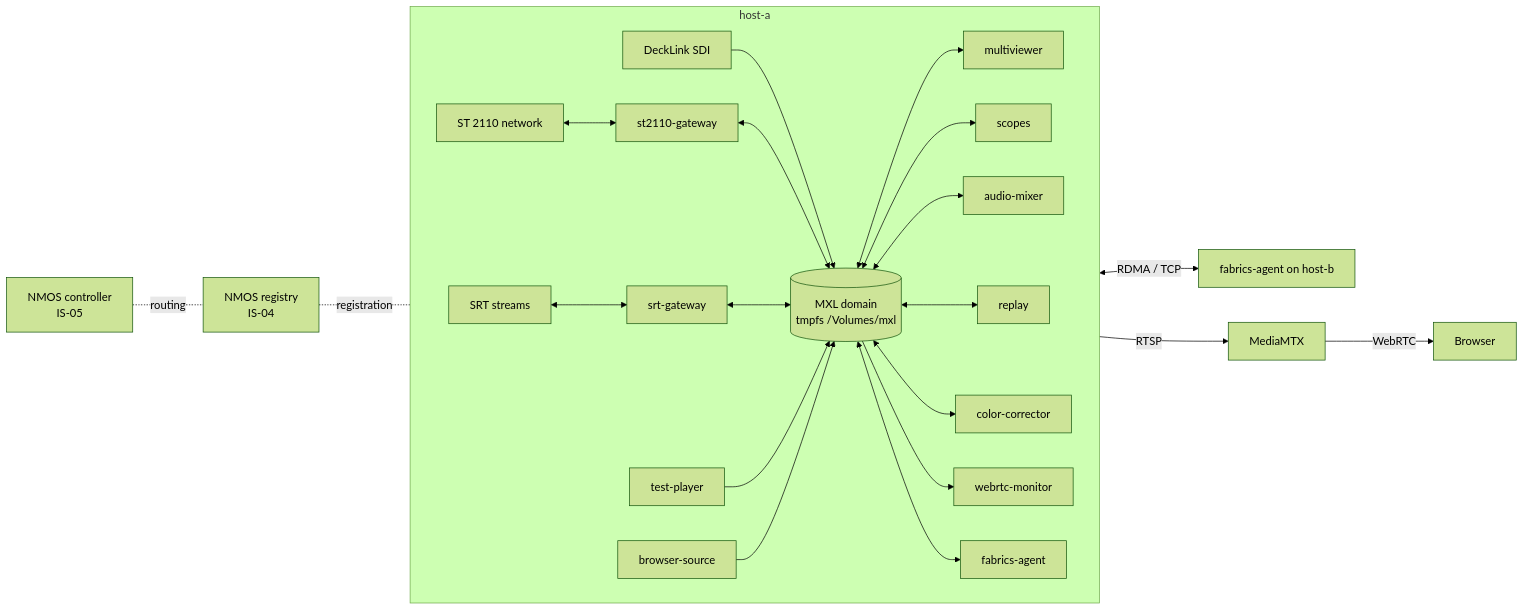
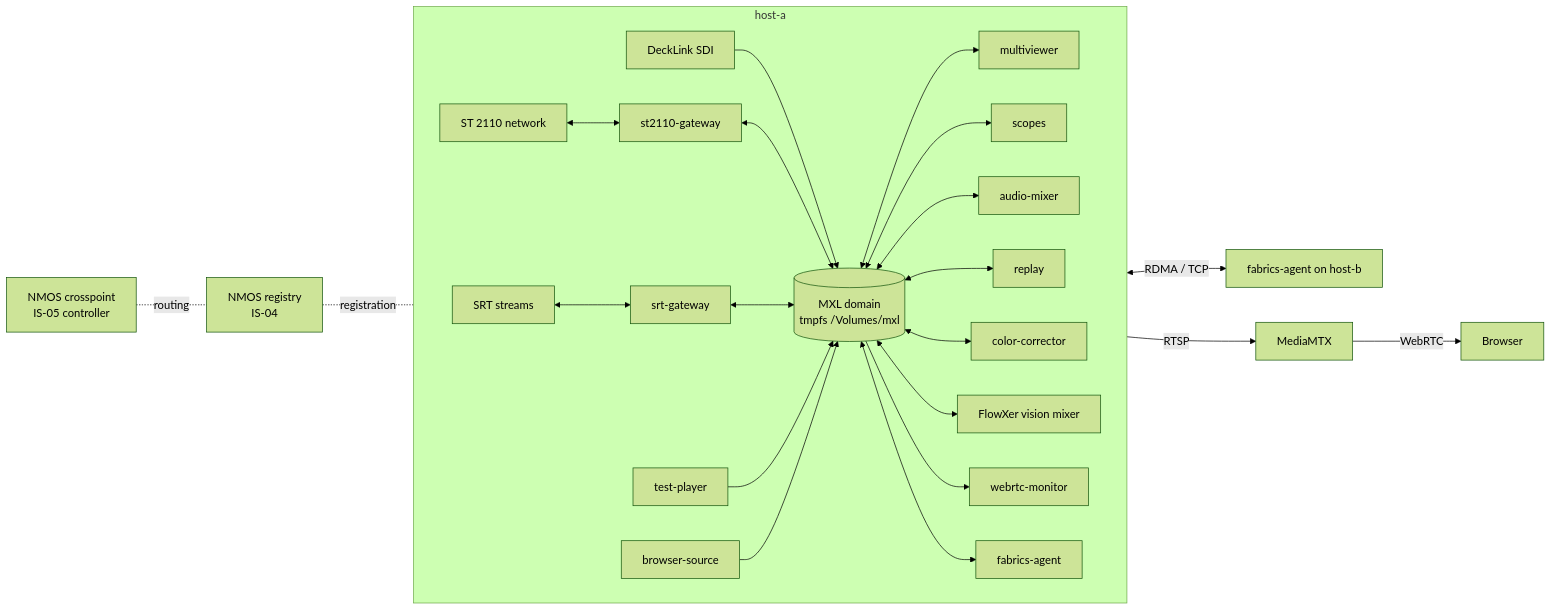
One commit to LeeO86/mxl-stack changed the diagram in README.md. Above: the diagram before and after it, drawn with Mermaid (forest theme). The commit also changed other lines of this file and 13 other files, not shown here.

First line of the commit message:
mxl-stack 0.2.0: FlowXer and the NMOS crosspoint controller

````diff
--- a/README.md
+++ b/README.md
@@ -28,23 +28,24 @@
 ```mermaid
 flowchart LR
   subgraph host-a["host-a"]
     direction LR
     SDI[DeckLink SDI] --> MXLa
     ST[ST 2110 network] <--> GW2110[st2110-gateway] <--> MXLa
     SRT[SRT streams] <--> GWSRT[srt-gateway] <--> MXLa
     TP[test-player] --> MXLa
     BS[browser-source] --> MXLa
     MXLa[(MXL domain<br/>tmpfs /Volumes/mxl)]
     MXLa <--> MV[multiviewer]
     MXLa <--> SC[scopes]
     MXLa <--> AM[audio-mixer]
     MXLa <--> RP[replay]
     MXLa <--> CC[color-corrector]
+    MXLa <--> FX[FlowXer vision mixer]
     MXLa --> MON[webrtc-monitor]
     MXLa <--> FA[fabrics-agent]
   end
   FA <-->|RDMA / TCP| FB[fabrics-agent on host-b]
   MON -->|RTSP| MTX[MediaMTX] -->|WebRTC| Browser
   REG[NMOS registry<br/>IS-04] -.registration.- MXLa
-  CTRL[NMOS controller<br/>IS-05] -.routing.- REG
+  CTRL[NMOS crosspoint<br/>IS-05 controller] -.routing.- REG
 ```
````
